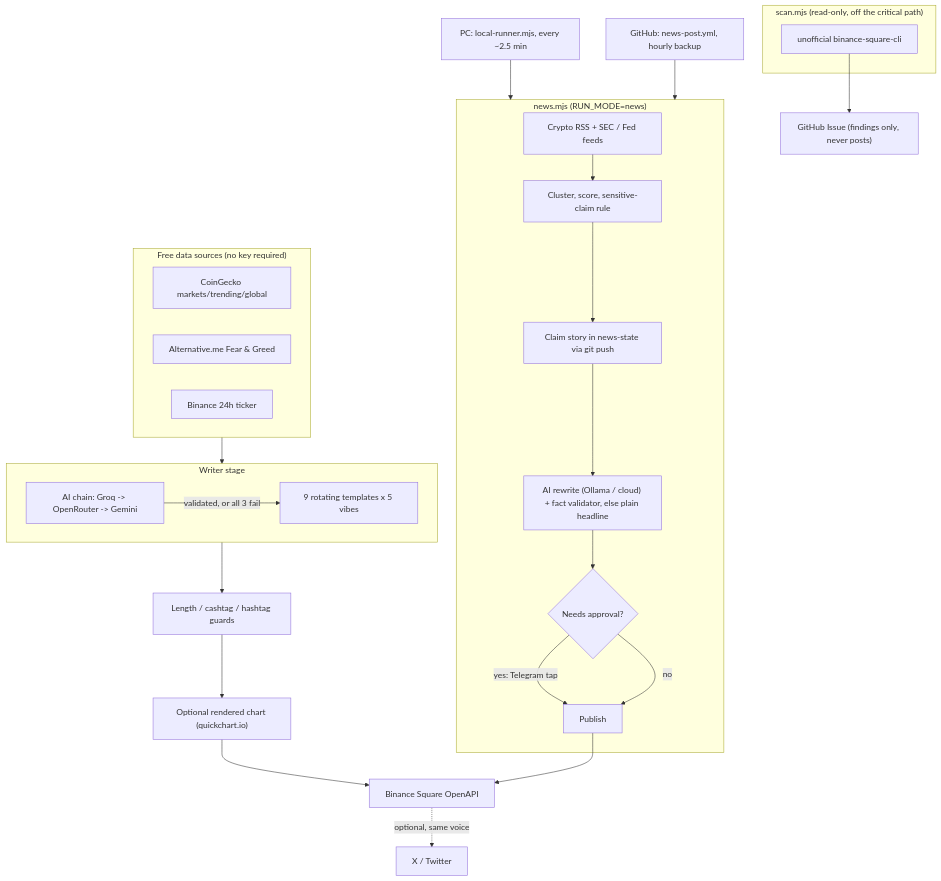
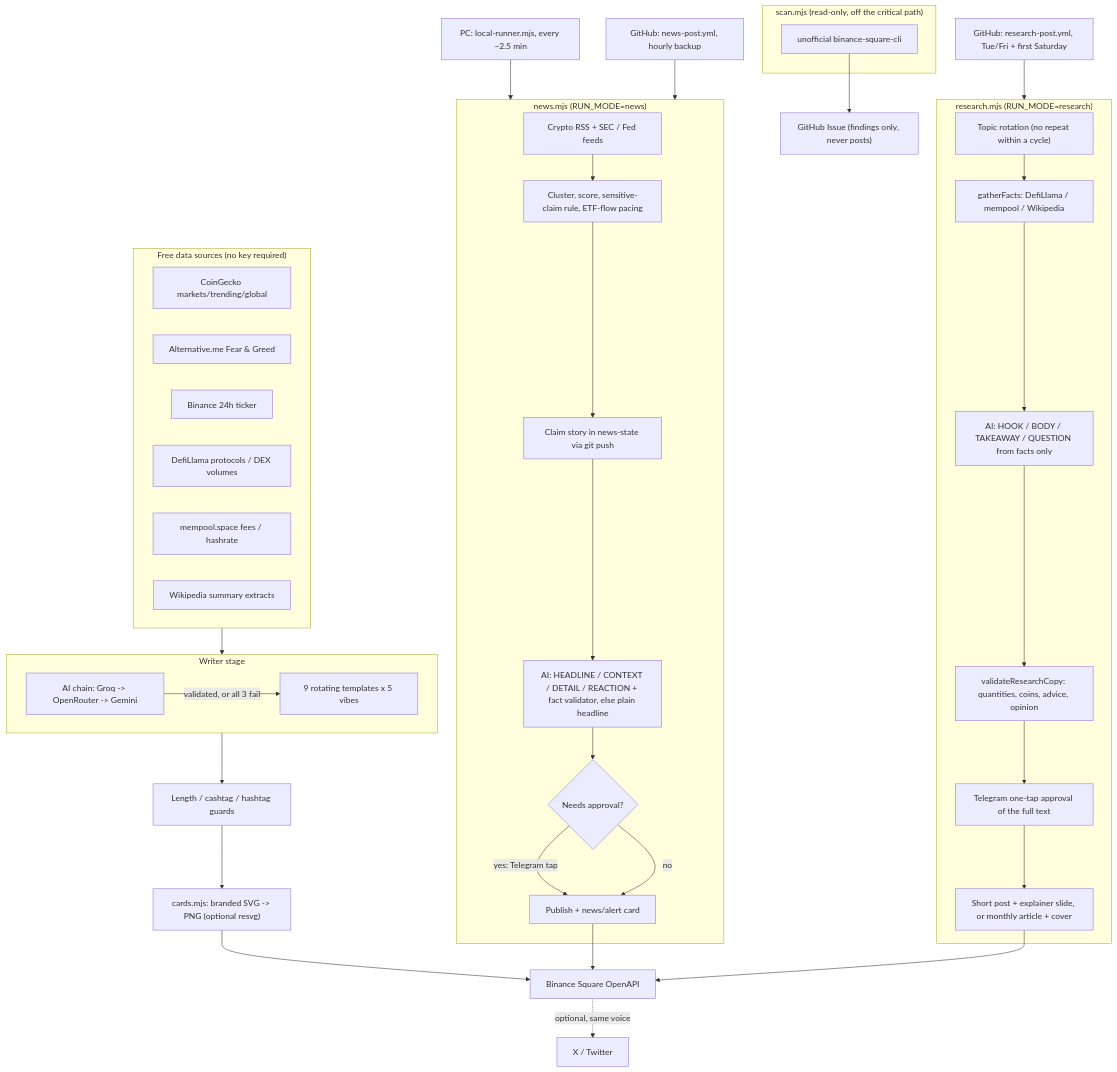
Before and after one commit to mimiq-icon/square-autoposter: the diagram in README.md, drawn with Mermaid. The commit also changed other lines of this file and 11 other files, not shown here.

````diff
--- a/README.md
+++ b/README.md
@@ -90,37 +98,50 @@
 ```mermaid
 flowchart TD
     subgraph Data["Free data sources (no key required)"]
         CG[CoinGecko markets/trending/global]
         FG[Alternative.me Fear & Greed]
         BN[Binance 24h ticker]
+        LL[DefiLlama protocols / DEX volumes]
+        MP[mempool.space fees / hashrate]
+        WK[Wikipedia summary extracts]
     end
 
     subgraph Writer["Writer stage"]
         AI["AI chain: Groq -> OpenRouter -> Gemini"]
         TPL["9 rotating templates x 5 vibes"]
     end
 
     Data --> Writer
     AI -- "validated, or all 3 fail" --> TPL
     Writer --> Guard["Length / cashtag / hashtag guards"]
-    Guard --> Chart["Optional rendered chart (quickchart.io)"]
-    Chart --> Square["Binance Square OpenAPI"]
+    Guard --> Cards["cards.mjs: branded SVG -> PNG (optional resvg)"]
+    Cards --> Square["Binance Square OpenAPI"]
     Square -.optional, same voice.-> X["X / Twitter"]
 
     subgraph News["news.mjs (RUN_MODE=news)"]
-        RSS["Crypto RSS + SEC / Fed feeds"] --> Pick["Cluster, score, sensitive-claim rule"]
+        RSS["Crypto RSS + SEC / Fed feeds"] --> Pick["Cluster, score, sensitive-claim rule, ETF-flow pacing"]
         Pick --> Claim["Claim story in news-state via git push"]
-        Claim --> Rewrite["AI rewrite (Ollama / cloud) + fact validator, else plain headline"]
+        Claim --> Rewrite["AI: HEADLINE / CONTEXT / DETAIL / REACTION + fact validator, else plain headline"]
         Rewrite --> Approve{"Needs approval?"}
-        Approve -- "yes: Telegram tap" --> Publish["Publish"]
+        Approve -- "yes: Telegram tap" --> Publish["Publish + news/alert card"]
         Approve -- no --> Publish
     end
     PC["PC: local-runner.mjs, every ~2.5 min"] --> News
     GH["GitHub: news-post.yml, hourly backup"] --> News
     Publish --> Square
 
+    subgraph Research["research.mjs (RUN_MODE=research)"]
+        Topic["Topic rotation (no repeat within a cycle)"] --> Facts["gatherFacts: DefiLlama / mempool / Wikipedia"]
+        Facts --> RWrite["AI: HOOK / BODY / TAKEAWAY / QUESTION from facts only"]
+        RWrite --> RVal["validateResearchCopy: quantities, coins, advice, opinion"]
+        RVal --> RTap["Telegram one-tap approval of the full text"]
+        RTap --> RPublish["Short post + explainer slide, or monthly article + cover"]
+    end
+    RSched["GitHub: research-post.yml, Tue/Fri + first Saturday"] --> Research
+    RPublish --> Square
+
     subgraph Scanner["scan.mjs (read-only, off the critical path)"]
         CLI[unofficial binance-square-cli]
     end
     CLI --> Issue["GitHub Issue (findings only, never posts)"]
 ```
````
